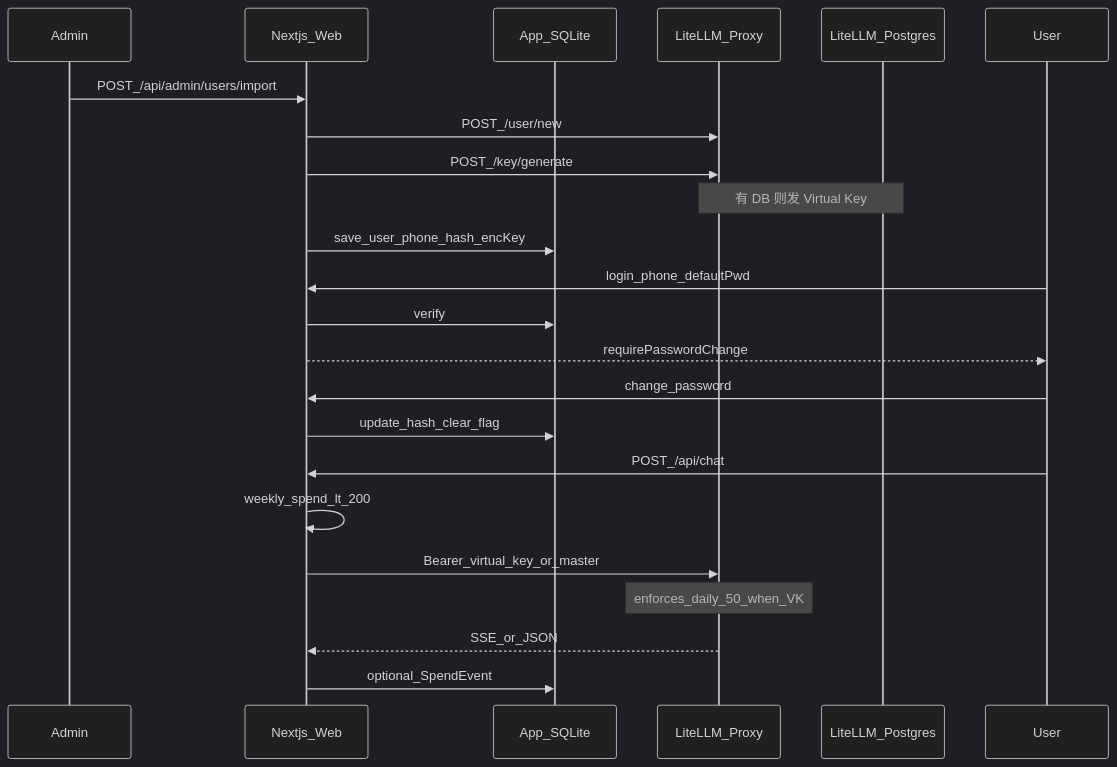
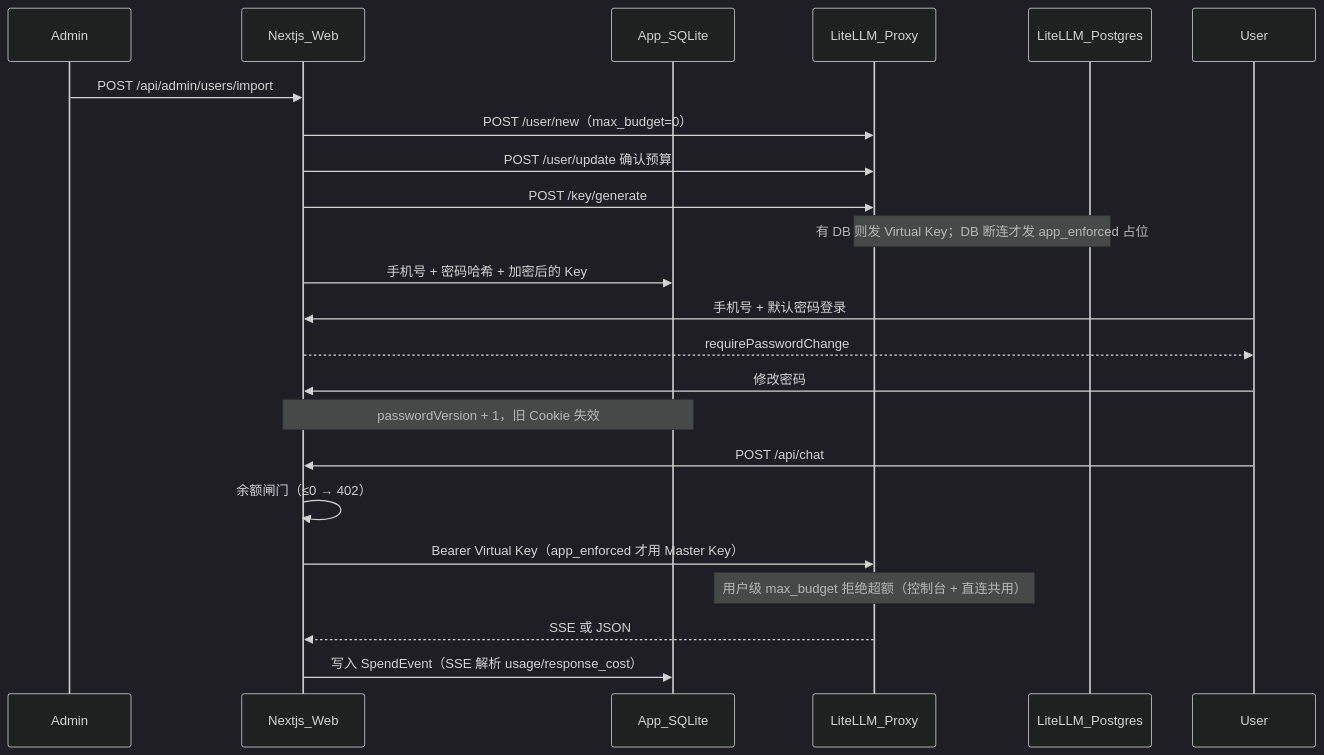
One commit to htt-FAK/Geek-AI-Gateway-Platform changed the diagram in docs/实现交接-手机号登录与网关.md. Above: the diagram before and after it, drawn with Mermaid (dark theme). The commit also changed other lines of this file and 98 other files, not shown here.

````diff
--- a/docs/实现交接-手机号登录与网关.md
+++ b/docs/实现交接-手机号登录与网关.md
@@ -40,28 +62,28 @@
 ```mermaid
 sequenceDiagram
   participant Admin
   participant Web as Nextjs_Web
   participant AppDB as App_SQLite
   participant GW as LiteLLM_Proxy
   participant GwDB as LiteLLM_Postgres
 
-  Admin->>Web: POST_/api/admin/users/import
-  Web->>GW: POST_/user/new
-  Web->>GW: POST_/key/generate
-  Note over GW,GwDB: 有 DB 则发 Virtual Key
-  Web->>AppDB: save_user_phone_hash_encKey
+  Admin->>Web: POST /api/admin/users/import
+  Web->>GW: POST /user/new（max_budget=0）
+  Web->>GW: POST /user/update 确认预算
+  Web->>GW: POST /key/generate
+  Note over GW,GwDB: 有 DB 则发 Virtual Key；DB 断连才发 app_enforced 占位
+  Web->>AppDB: 手机号 + 密码哈希 + 加密后的 Key
 
   participant User
-  User->>Web: login_phone_defaultPwd
-  Web->>AppDB: verify
+  User->>Web: 手机号 + 默认密码登录
   Web-->>User: requirePasswordChange
-  User->>Web: change_password
-  Web->>AppDB: update_hash_clear_flag
+  User->>Web: 修改密码
+  Note over Web,AppDB: passwordVersion + 1，旧 Cookie 失效
 
-  User->>Web: POST_/api/chat
-  Web->>Web: weekly_spend_lt_200
-  Web->>GW: Bearer_virtual_key_or_master
-  Note over GW: enforces_daily_50_when_VK
-  GW-->>Web: SSE_or_JSON
-  Web->>AppDB: optional_SpendEvent
+  User->>Web: POST /api/chat
+  Web->>Web: 余额闸门（≤0 → 402）
+  Web->>GW: Bearer Virtual Key（app_enforced 才用 Master Key）
+  Note over GW: 用户级 max_budget 拒绝超额（控制台 + 直连共用）
+  GW-->>Web: SSE 或 JSON
+  Web->>AppDB: 写入 SpendEvent（SSE 解析 usage/response_cost）
 ```
````
